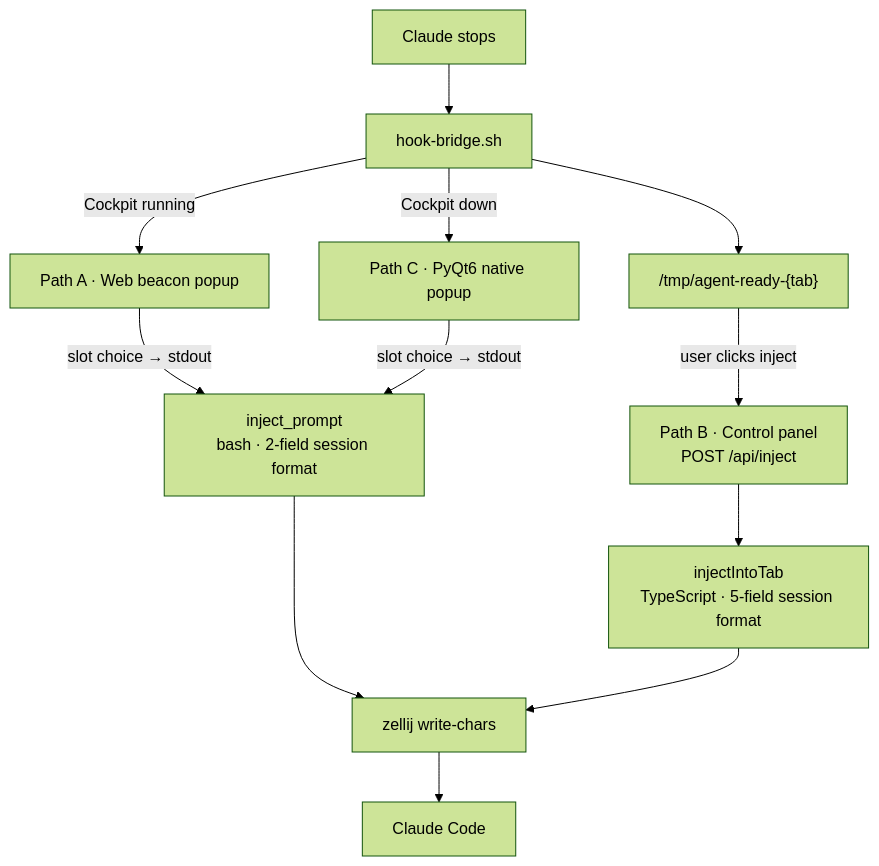
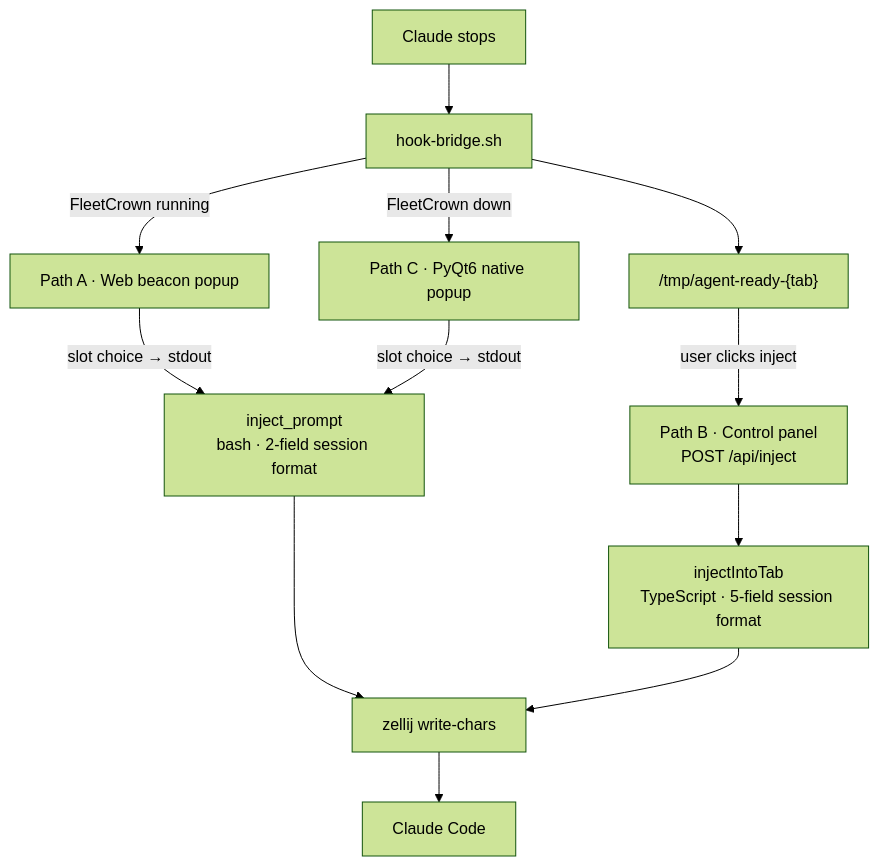
Before and after one commit to bitbaum/fleetcrown: the second of 2 diagrams in content/thoughts/the-anatomy-of-a-broken-injection-pipeline.md, drawn with Mermaid (forest theme). The commit also changed other lines of this file and 37 other files, not shown here.

First line of the commit message:
docs(brand): finish Cockpit → FleetCrown rebrand sweep across docs/thoughts/legal/src

````diff
--- a/content/thoughts/the-anatomy-of-a-broken-injection-pipeline.md
+++ b/content/thoughts/the-anatomy-of-a-broken-injection-pipeline.md
@@ -91,21 +91,21 @@
 ```mermaid
 flowchart TD
     Stop["Claude stops"]
     Bridge["hook-bridge.sh"]
     Ready["/tmp/agent-ready-{tab}"]
 
     Stop --> Bridge
     Bridge --> Ready
 
-    Bridge -->|"Cockpit running"| WebBeacon["Path A · Web beacon popup"]
-    Bridge -->|"Cockpit down"| QtPopup["Path C · PyQt6 native popup"]
+    Bridge -->|"FleetCrown running"| WebBeacon["Path A · Web beacon popup"]
+    Bridge -->|"FleetCrown down"| QtPopup["Path C · PyQt6 native popup"]
     Ready -->|"user clicks inject"| Panel["Path B · Control panel\nPOST /api/inject"]
 
     WebBeacon -->|"slot choice → stdout"| BashInject["inject_prompt\nbash · 2-field session format"]
     QtPopup -->|"slot choice → stdout"| BashInject
     Panel --> TSInject["injectIntoTab\nTypeScript · 5-field session format"]
 
     BashInject --> Zellij["zellij write-chars"]
     TSInject --> Zellij
     Zellij --> Claude["Claude Code"]
 ```
````
